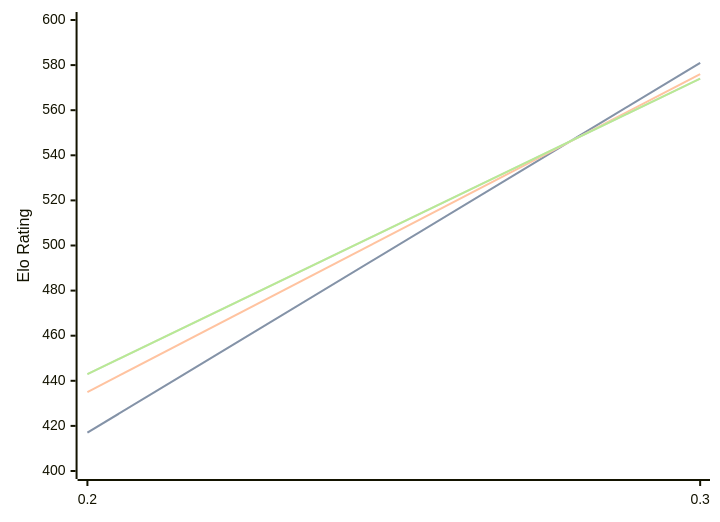
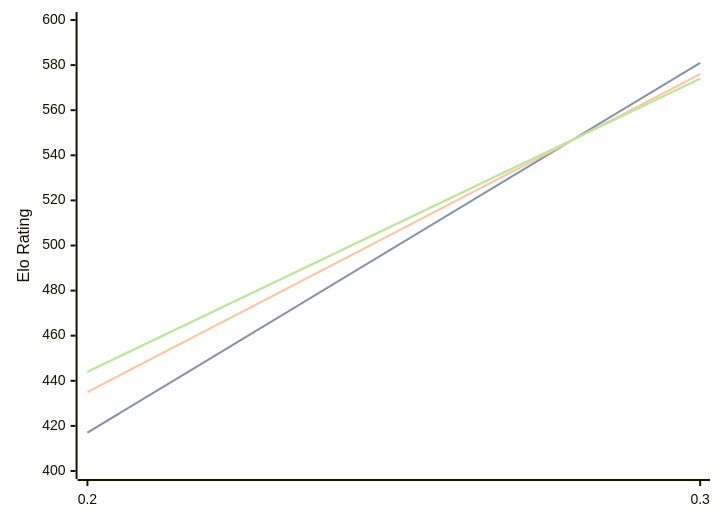
Before and after one commit to computer-chess-index/cci: the diagram in engines/Magpie.md, drawn with Mermaid. The commit also changed other lines of this file, not shown here.

Commit message:
Update CCI Ratings (ELO VLTC) - 2026-09-02

````diff
--- a/engines/Magpie.md
+++ b/engines/Magpie.md
@@ -32,11 +32,11 @@
 ```mermaid
 %%{init: {"theme":"base","themeVariables":{"seriesColors:['#a3a3a3','#222221','#faa371']}}}%%
 xychart-beta
   x-axis ["0.2", "0.3"]
   y-axis "Elo Rating" 400 --> 600
   line "" [417, 581]
   line "STC (8.0+0.08s)" [417, 581]
   line "LTC (60.0+0.60s)" [435, 576]
-  line "" [443, 574]
-  line "VLTC (2m24s+1.12s)" [443, 574]
+  line "" [444, 574]
+  line "VLTC (2m24s+1.12s)" [444, 574]
 ```
````
